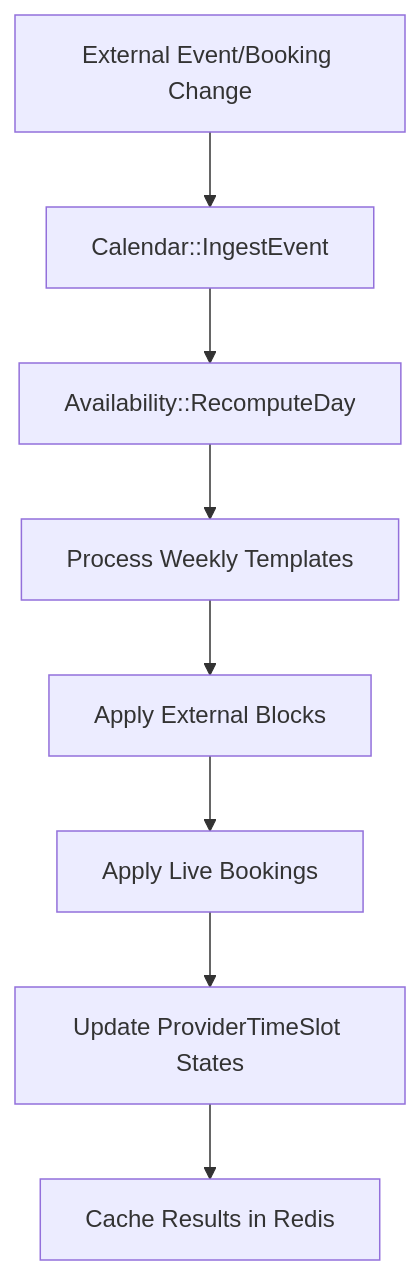
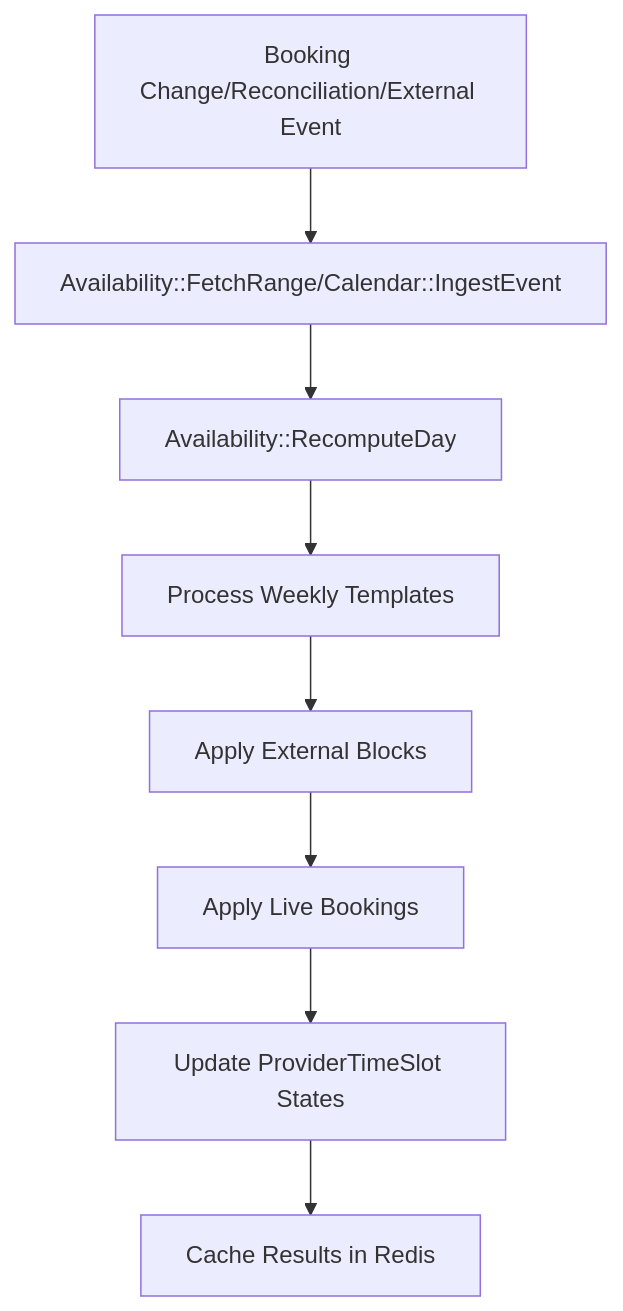
The first of 2 diagrams in README.md (EvNomad/flare-ish), drawn with Mermaid before and after one commit.

Commit message:
update diagram

````diff
--- a/README.md
+++ b/README.md
@@ -147,10 +147,10 @@
 ```mermaid
 graph TD
-    A[External Event/Booking Change] --> B[Calendar::IngestEvent]
+    A[Booking Change/Reconciliation/External Event] --> B[Availability::FetchRange/Calendar::IngestEvent]
     B --> C[Availability::RecomputeDay]
     C --> D[Process Weekly Templates]
     D --> E[Apply External Blocks]
     E --> F[Apply Live Bookings]
     F --> G[Update ProviderTimeSlot States]
     G --> H[Cache Results in Redis]
 ```
````
